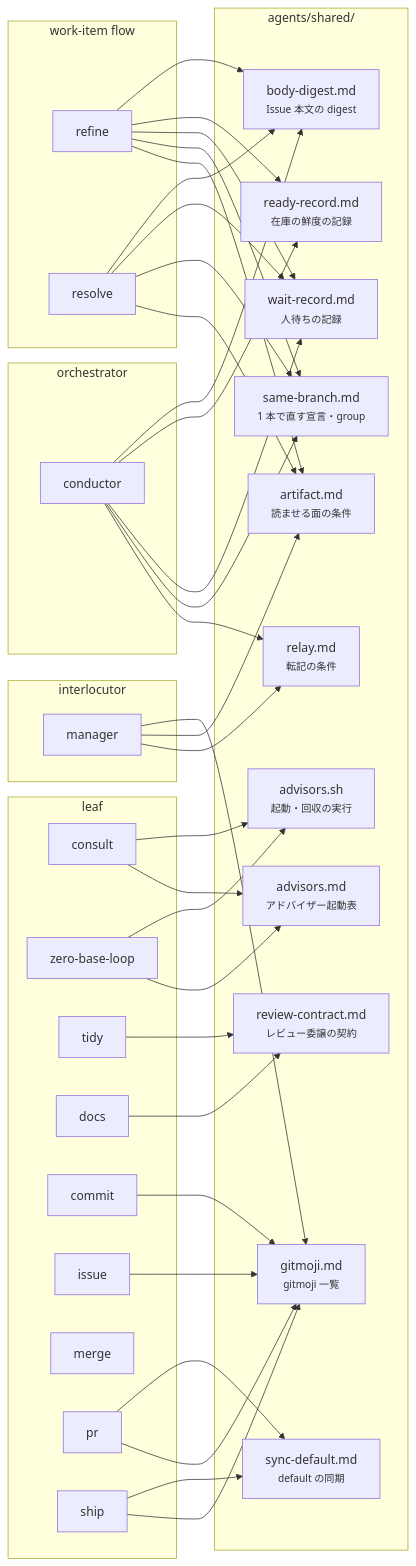
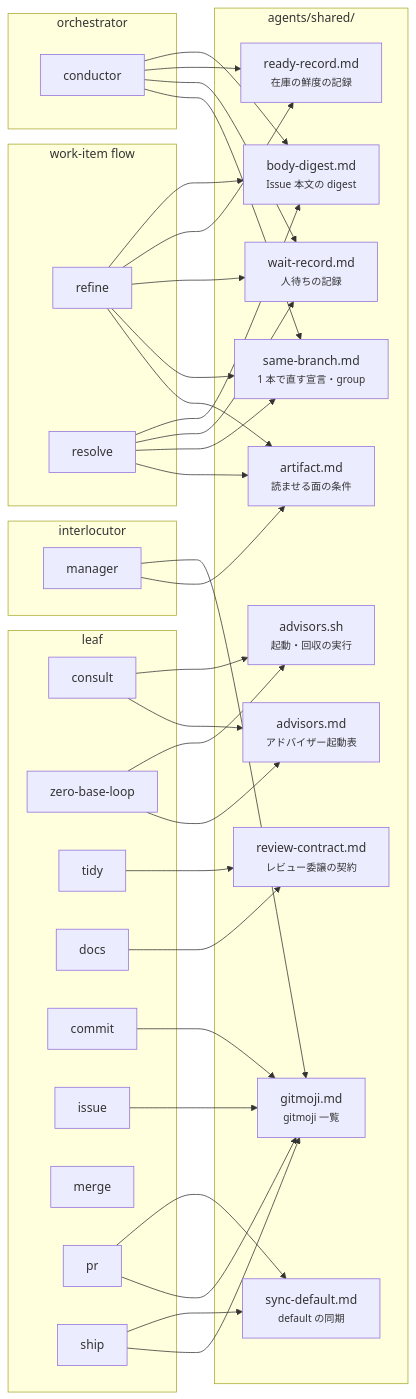
Before and after one commit to usagizmo/agentfiles: the third of 3 diagrams in agents/docs/structure.md, drawn with Mermaid. The commit also changed 5 other files, not shown here.

````diff
--- a/agents/docs/structure.md
+++ b/agents/docs/structure.md
@@ -87,67 +87,64 @@
 ```mermaid
 flowchart LR
     subgraph orch["orchestrator"]
         CO[conductor]
     end
     subgraph flow["work-item flow"]
         RF[refine]
         RS[resolve]
     end
     subgraph leaf["leaf"]
         CS[consult]
         ZB[zero-base-loop]
         TD[tidy]
         DC[docs]
         CM[commit]
         IS[issue]
         ME[merge]
         PR[pr]
         SH[ship]
     end
     subgraph inter[interlocutor]
         MG[manager]
     end
     subgraph shared["agents/shared/"]
         SB["same-branch.md<br/><small>1 本で直す宣言・group</small>"]
         WR["wait-record.md<br/><small>人待ちの記録</small>"]
         RR["ready-record.md<br/><small>在庫の鮮度の記録</small>"]
         BD["body-digest.md<br/><small>Issue 本文の digest</small>"]
         RC["review-contract.md<br/><small>レビュー委譲の契約</small>"]
-        RL["relay.md<br/><small>転記の条件</small>"]
         AF["artifact.md<br/><small>読ませる面の条件</small>"]
         AD["advisors.md<br/><small>アドバイザー起動表</small>"]
         AS["advisors.sh<br/><small>起動・回収の実行</small>"]
         GM["gitmoji.md<br/><small>gitmoji 一覧</small>"]
         SD["sync-default.md<br/><small>default の同期</small>"]
     end
 
-    MG --> RL
     MG --> AF
     RF --> AF
     RS --> AF
-    CO --> RL
     CO --> SB
     CO --> WR
     CO --> RR
     CO --> BD
     RF --> SB
     RF --> WR
     RF --> RR
     RF --> BD
     RS --> SB
     RS --> WR
     RS --> BD
     CS --> AD
     CS --> AS
     ZB --> AD
     ZB --> AS
     TD --> RC
     DC --> RC
     CM --> GM
     IS --> GM
     MG --> GM
     PR --> GM
     SH --> GM
     PR --> SD
     SH --> SD
 ```
````
